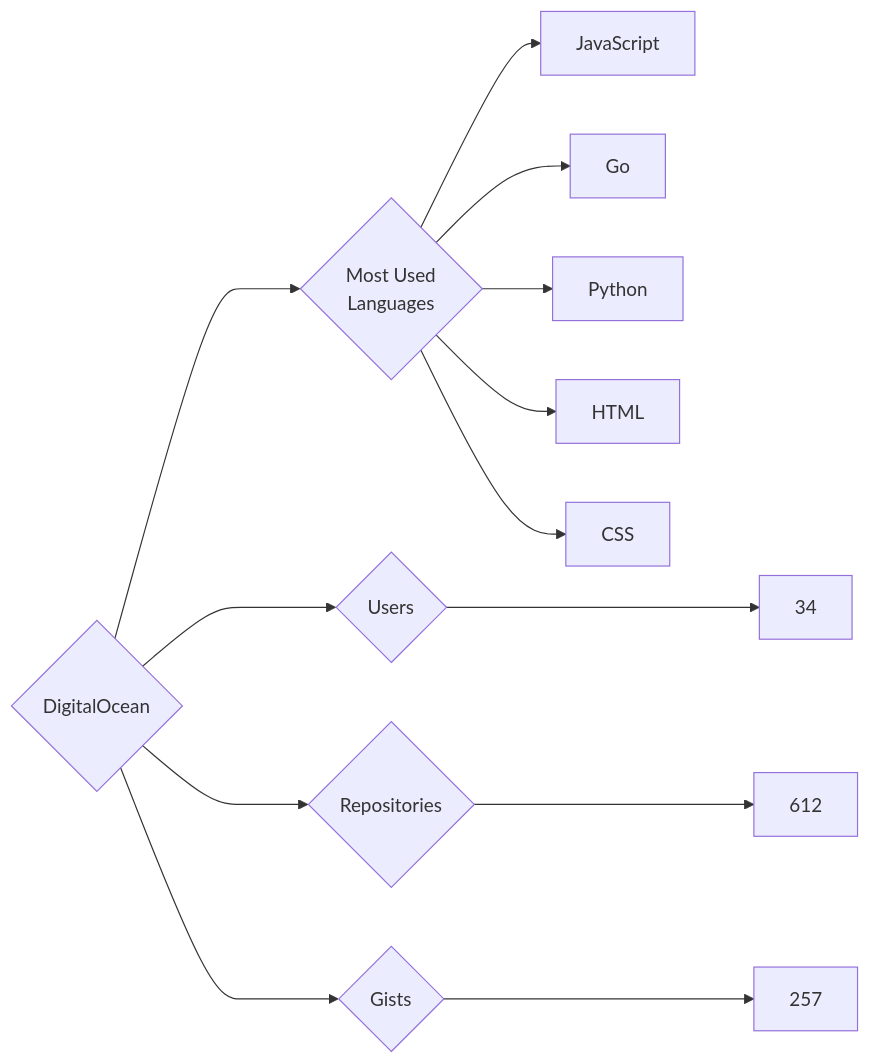
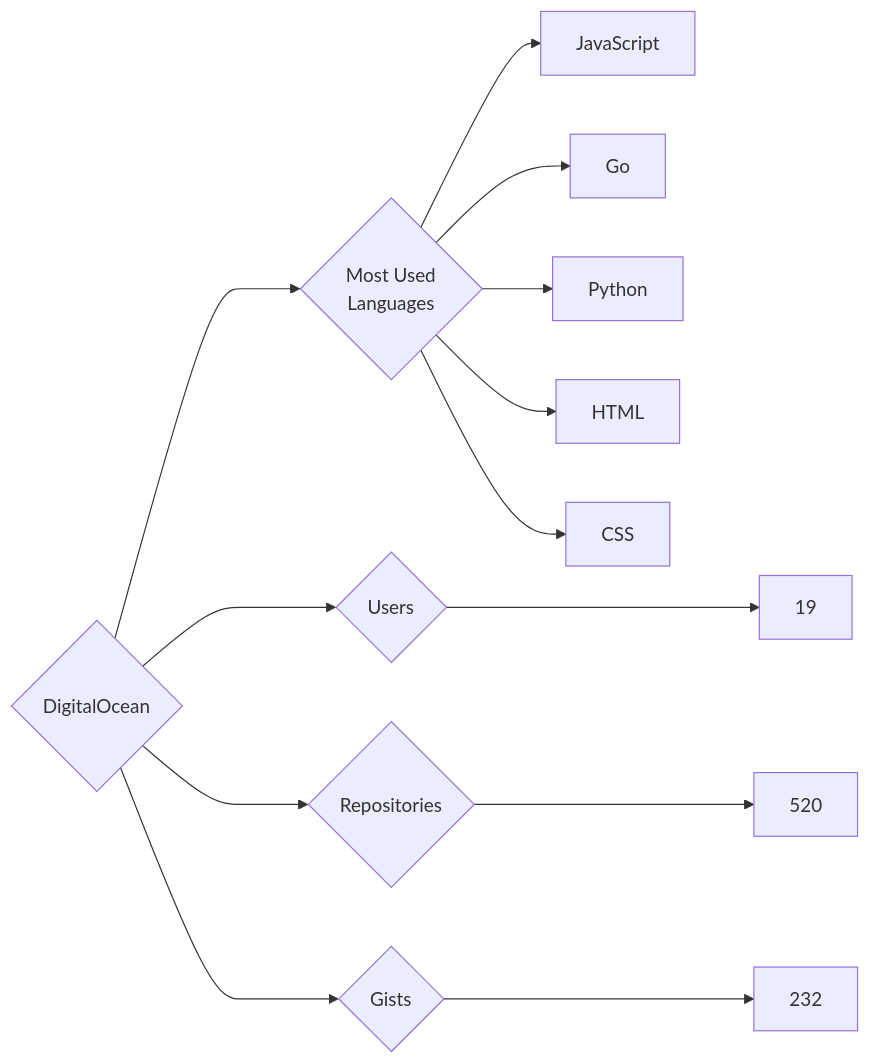
The diagram in targets/DigitalOcean/README.md (trickest/insiders), drawn with Mermaid before and after one commit. The commit also changed 757 other files, not shown here.

````diff
--- a/targets/DigitalOcean/README.md
+++ b/targets/DigitalOcean/README.md
@@ -3,13 +3,13 @@
 ```mermaid
 graph LR
 COMPANY_NAME{DigitalOcean}
-COMPANY_NAME ---> U{Users} ---> UN[34]
-COMPANY_NAME ---> R{Repositories} ---> RN[612]
-COMPANY_NAME ---> G{Gists} ---> GN[257]
+COMPANY_NAME ---> U{Users} ---> UN[19]
+COMPANY_NAME ---> R{Repositories} ---> RN[520]
+COMPANY_NAME ---> G{Gists} ---> GN[232]
 COMPANY_NAME ---> ML{Most Used<br>Languages}
 ML --> JavaScript[JavaScript]
 ML --> Go[Go]
 ML --> Python[Python]
 ML --> HTML[HTML]
 ML --> CSS[CSS]
 ```
````
